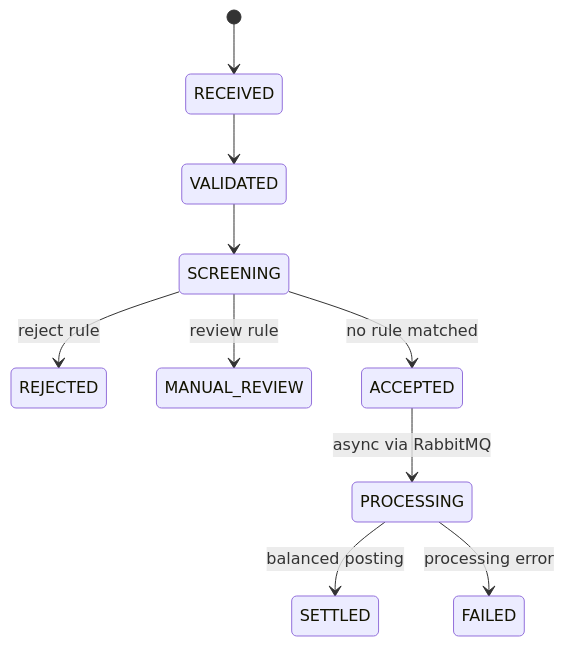
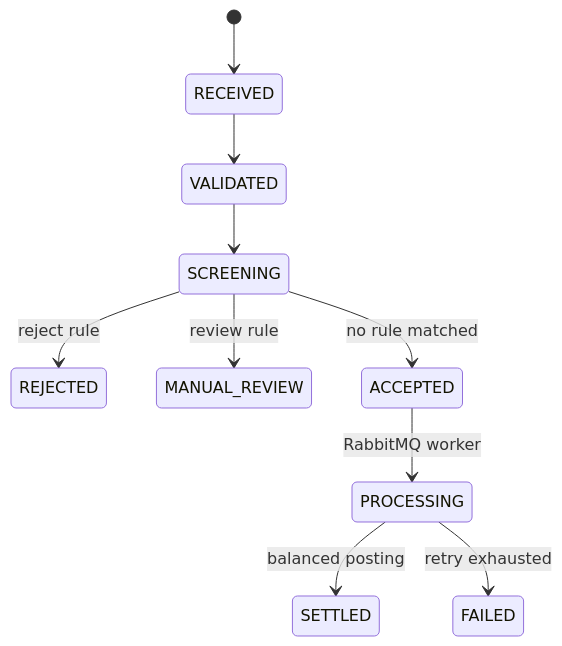
One commit to Jeffhan789/BankBridge changed the first of 2 diagrams in README.md. Above: the diagram before and after it, drawn with Mermaid. The commit also changed other lines of this file and 26 other files, not shown here.

````diff
--- a/README.md
+++ b/README.md
@@ -42,12 +30,12 @@
 ```mermaid
 stateDiagram-v2
     [*] --> RECEIVED
     RECEIVED --> VALIDATED
     VALIDATED --> SCREENING
     SCREENING --> REJECTED: reject rule
     SCREENING --> MANUAL_REVIEW: review rule
     SCREENING --> ACCEPTED: no rule matched
-    ACCEPTED --> PROCESSING: async via RabbitMQ
+    ACCEPTED --> PROCESSING: RabbitMQ worker
     PROCESSING --> SETTLED: balanced posting
-    PROCESSING --> FAILED: processing error
+    PROCESSING --> FAILED: retry exhausted
 ```
````
